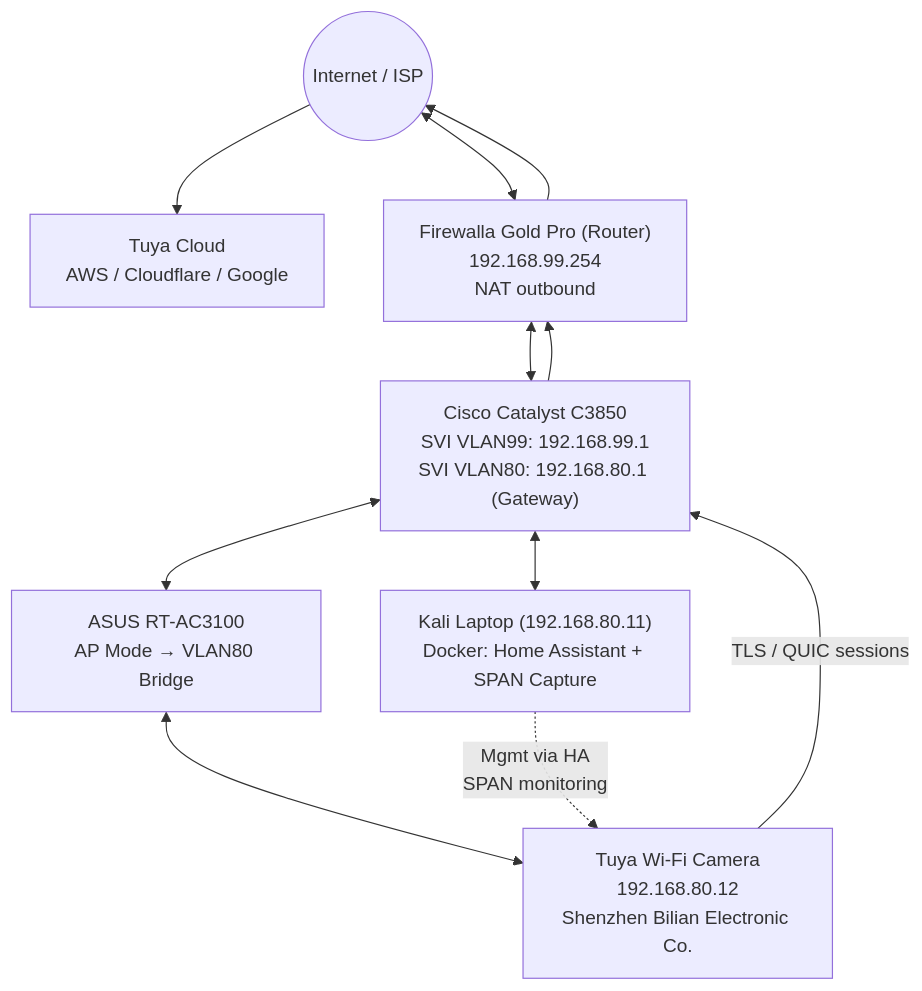
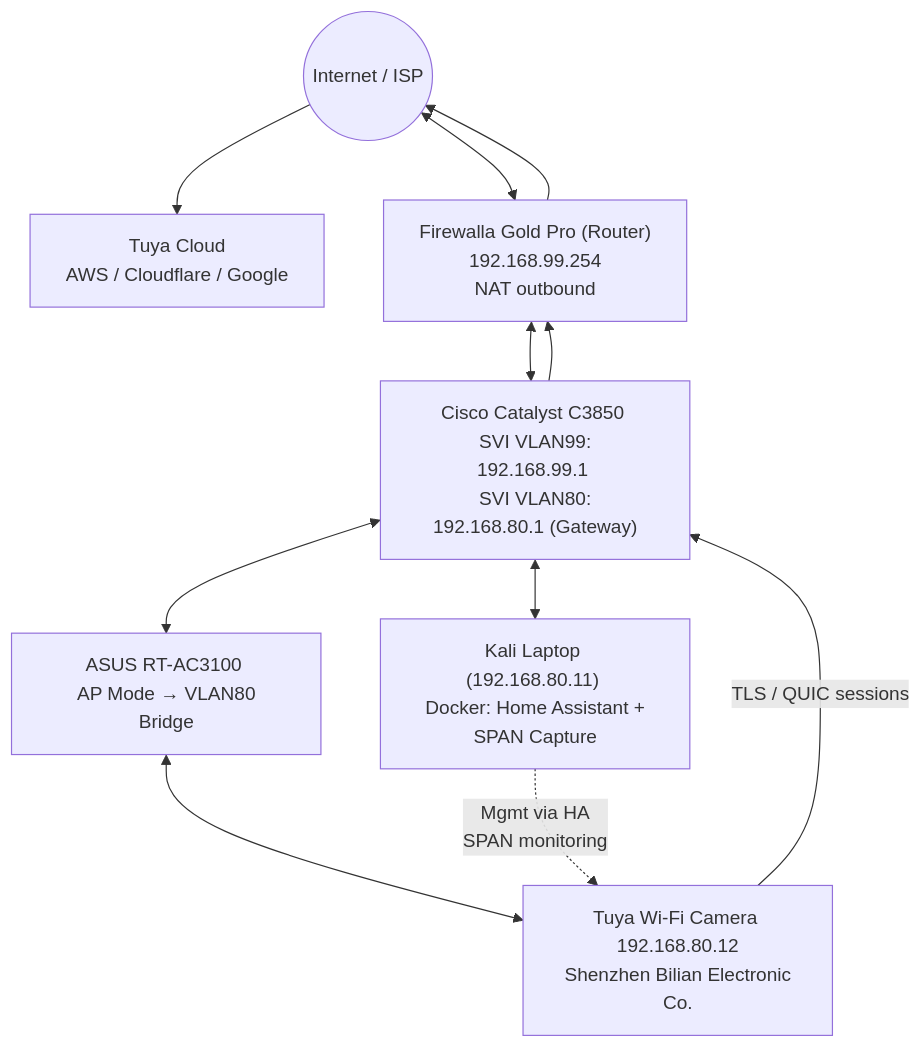
Before and after one commit to blackTieV2/ZEIT8023-S2-2025-: the diagram in Labs/IoT/LabSetup.md, drawn with Mermaid.

````diff
--- a/Labs/IoT/LabSetup.md
+++ b/Labs/IoT/LabSetup.md
@@ -4,26 +4,26 @@
 ```mermaid
 flowchart TD
     Internet((Internet / ISP))
     Cloud[Tuya Cloud <br/> AWS / Cloudflare / Google]
-    Router["Firewalla Gold Pro (Router)\n 192.168.99.254\nNAT outbound"]
-    Switch["Cisco Catalyst C3850\nSVI VLAN99: 192.168.99.1\nSVI VLAN80: 192.168.80.1 (Gateway)"]
-    AP["ASUS RT-AC3100\nAP Mode → VLAN80 Bridge"]
-    Laptop["Kali Laptop (192.168.80.11)\nDocker: Home Assistant + SPAN Capture"]
-    Camera["Tuya Wi‑Fi Camera\n192.168.80.12\nShenzhen Bilian Electronic Co."]
+    Router["Firewalla Gold Pro (Router)<br/> 192.168.99.254\nNAT outbound"]
+    Switch["Cisco Catalyst C3850 <br/> SVI VLAN99: 192.168.99.1 <br/> SVI VLAN80: 192.168.80.1 (Gateway)"]
+    AP["ASUS RT-AC3100 <br/> AP Mode → VLAN80 Bridge"]
+    Laptop["Kali Laptop (192.168.80.11) <br/> Docker: Home Assistant + SPAN Capture"]
+    Camera["Tuya Wi‑Fi Camera <br/> 192.168.80.12 <br/> Shenzhen Bilian Electronic Co."]
 
     %% Infra path
     Internet <--> Router
     Router <--> Switch
     Switch <--> AP
     Switch <--> Laptop
     AP <--> Camera
 
     %% Camera outbound flows
     Camera -->|"TLS / QUIC sessions"| Switch
     Switch --> Router
     Router --> Internet
     Internet --> Cloud
 
     %% Mgmt / SPAN path
-    Laptop -.->|"Mgmt via HA\nSPAN monitoring"| Camera
+    Laptop -.->|"Mgmt via HA <br/> SPAN monitoring"| Camera
 ```
````
